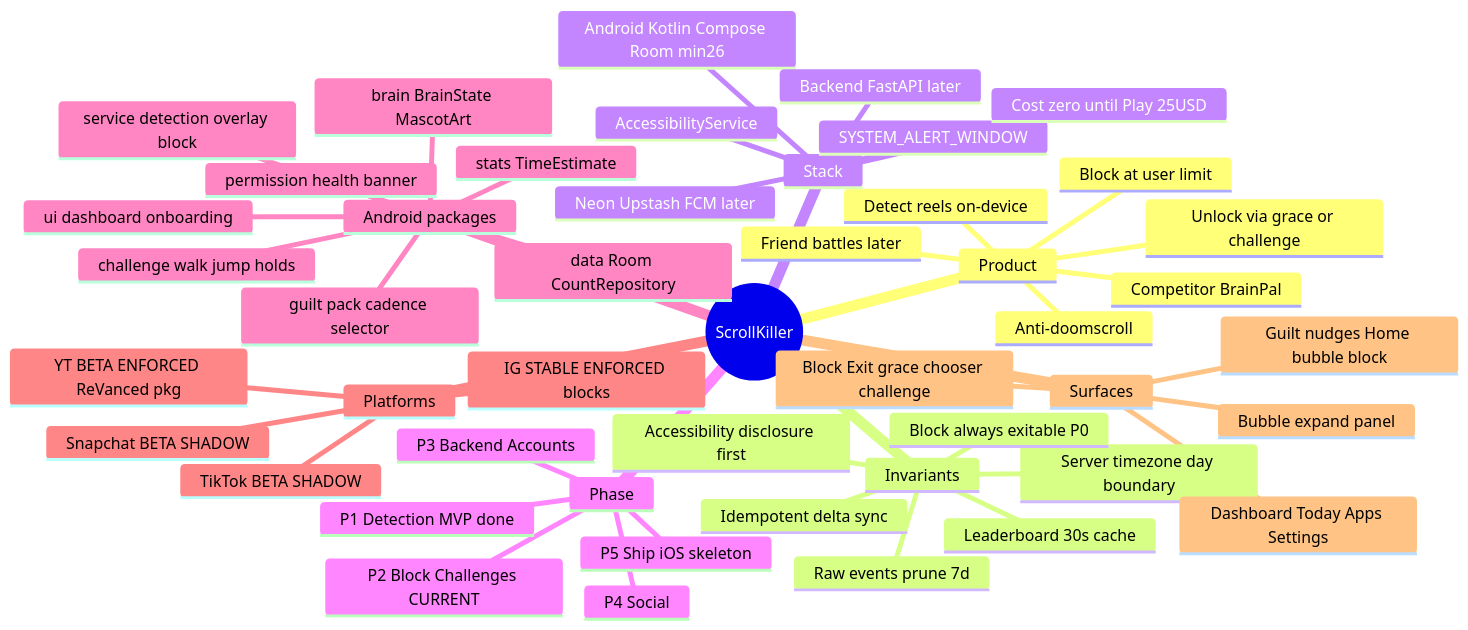
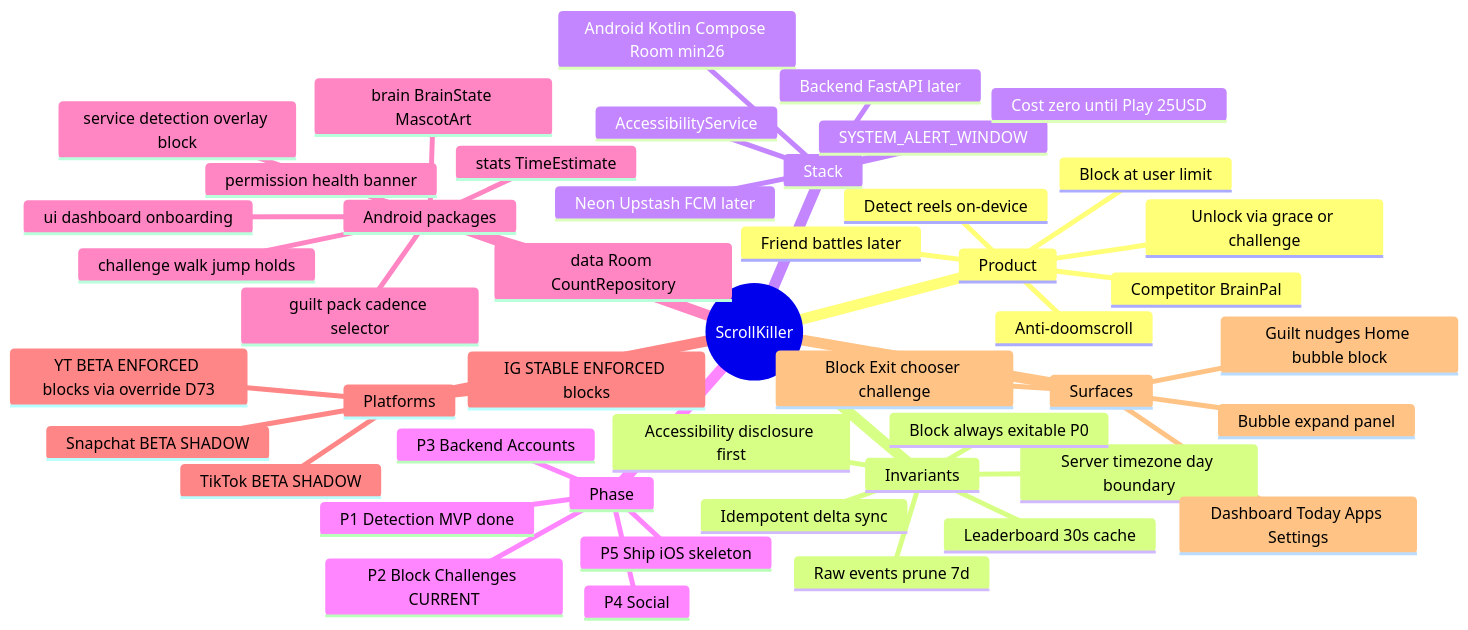
Before and after one commit to BasitScribe/ScrollKiller: the diagram in docs/PROJECT_MAP.md, drawn with Mermaid. The commit also changed other lines of this file and 17 other files, not shown here.

````diff
--- a/docs/PROJECT_MAP.md
+++ b/docs/PROJECT_MAP.md
@@ -51,50 +51,50 @@
 ```mermaid
 mindmap
   root((ScrollKiller))
     Product
       Anti-doomscroll
       Detect reels on-device
       Block at user limit
       Unlock via grace or challenge
       Friend battles later
       Competitor BrainPal
     Invariants
       Idempotent delta sync
       Server timezone day boundary
       Leaderboard 30s cache
       Raw events prune 7d
       Accessibility disclosure first
       Block always exitable P0
     Stack
       Android Kotlin Compose Room min26
       AccessibilityService
       SYSTEM_ALERT_WINDOW
       Backend FastAPI later
       Neon Upstash FCM later
       Cost zero until Play 25USD
     Phase
       P1 Detection MVP done
       P2 Block Challenges CURRENT
       P3 Backend Accounts
       P4 Social
       P5 Ship iOS skeleton
     Android packages
       service detection overlay block
       data Room CountRepository
       guilt pack cadence selector
       challenge walk jump holds
       permission health banner
       brain BrainState MascotArt
       ui dashboard onboarding
       stats TimeEstimate
     Platforms
       IG STABLE ENFORCED blocks
-      YT BETA ENFORCED ReVanced pkg
+      YT BETA ENFORCED blocks via override D73
       TikTok BETA SHADOW
       Snapchat BETA SHADOW
     Surfaces
       Dashboard Today Apps Settings
       Bubble expand panel
-      Block Exit grace chooser challenge
+      Block Exit chooser challenge
       Guilt nudges Home bubble block
 ```
````
